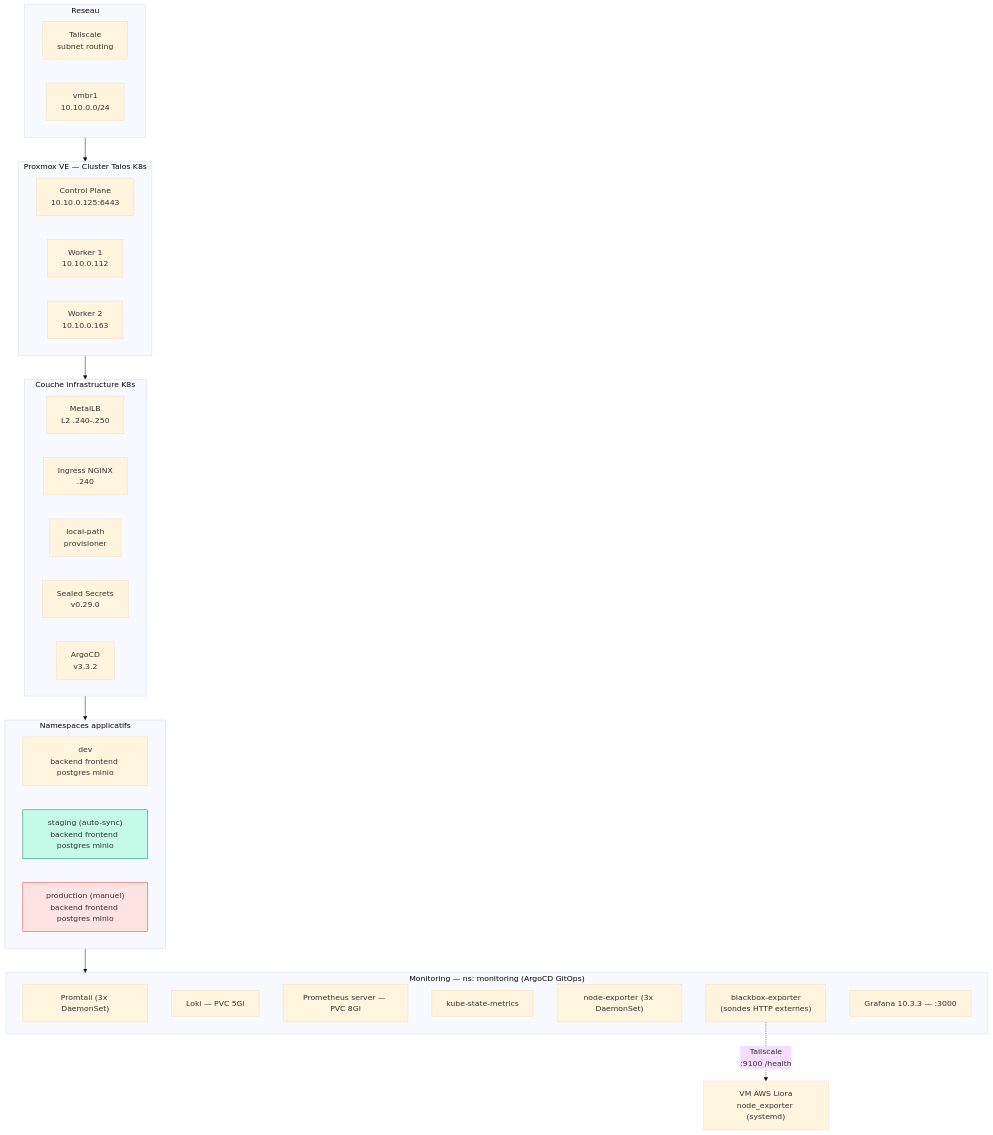
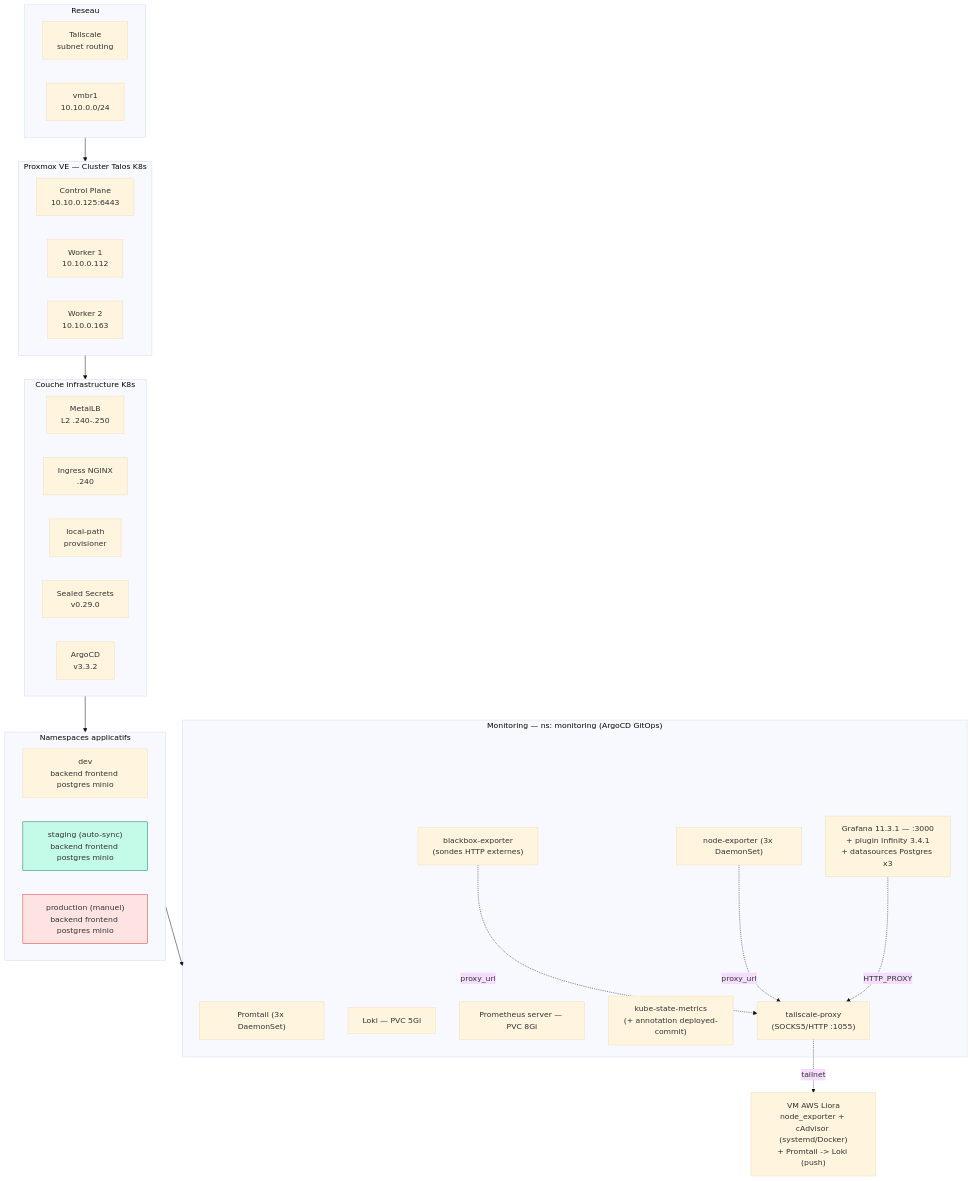
One commit to tawounfouet/rncp_crypto-bot-infra changed the third of 3 diagrams in docs/ARCHITECTURE.md. Above: the diagram before and after it, drawn with Mermaid (base theme). The commit also changed other lines of this file and 1 other file, not shown here.

Commit message:
docs(monitoring): rattraper la doc (Grafana/plugin, deployed-commit, cAdvisor, Postgres, root-app)
MONITORING.md et ARCHITECTURE.md n'avaient pas suivi tout ce qui a ete fait
depuis le dernier point de doc (839f433) : bump Grafana 11.3.1 + plugin
Infinity 3.4.1 (compat), bascule de la version K8s vers l'annotation
deployed-commit (kube-state-metrics, cle pods= pas deployments=), cAdvisor
sur la VM (piege port 8080 deja pris + version 0.49.1 incompatible cgroup
v2/systemd), datasources PostgreSQL (utilisateurs, VM AWS non couverte --
protocole TCP), ingress Grafana pour l'equipe, piege de propagation root-app
(refresh root-app avant monitoring). Ajoute aussi le recit de l'incident
production attrape par le dashboard dans les points de soutenance.

````diff
--- a/docs/ARCHITECTURE.md
+++ b/docs/ARCHITECTURE.md
@@ -253,45 +253,49 @@
 ```mermaid
 flowchart TB
     subgraph NET["Reseau"]
         TS["Tailscale\nsubnet routing"]
         BR["vmbr1\n10.10.0.0/24"]
     end
 
     subgraph PROXMOX["Proxmox VE — Cluster Talos K8s"]
         CP["Control Plane\n10.10.0.125:6443"]
         W1["Worker 1\n10.10.0.112"]
         W2["Worker 2\n10.10.0.163"]
     end
     NET --> PROXMOX
 
     subgraph K8SINFRA["Couche infrastructure K8s"]
         MLB["MetalLB\nL2 .240-.250"]
         NGINX["Ingress NGINX\n.240"]
         LPP["local-path\nprovisioner"]
         SS["Sealed Secrets\nv0.29.0"]
         ARGO["ArgoCD\nv3.3.2"]
     end
     PROXMOX --> K8SINFRA
 
     subgraph NAMESPACES["Namespaces applicatifs"]
         DEVNS["dev\nbackend frontend postgres minio"]
         STGNS["staging (auto-sync)\nbackend frontend postgres minio"]
         PRODNS["production (manuel)\nbackend frontend postgres minio"]
     end
     K8SINFRA --> NAMESPACES
 
     subgraph MON["Monitoring — ns: monitoring (ArgoCD GitOps)"]
         PROM["Promtail (3x DaemonSet)"]
         LOKI["Loki — PVC 5Gi"]
         PROMETHEUS["Prometheus server — PVC 8Gi"]
-        KSM["kube-state-metrics"]
+        KSM["kube-state-metrics\n(+ annotation deployed-commit)"]
         NODEEXP["node-exporter (3x DaemonSet)"]
         BB["blackbox-exporter\n(sondes HTTP externes)"]
-        GRAF["Grafana 10.3.3 — :3000"]
+        TSPROXY["tailscale-proxy\n(SOCKS5/HTTP :1055)"]
+        GRAF["Grafana 11.3.1 — :3000\n+ plugin Infinity 3.4.1\n+ datasources Postgres x3"]
     end
     NAMESPACES --> MON
-    BB -.->|"Tailscale\n:9100 /health"| VMAWS2["VM AWS Liora\nnode_exporter (systemd)"]
+    BB -.->|"proxy_url"| TSPROXY
+    NODEEXP -.->|"proxy_url"| TSPROXY
+    GRAF -.->|"HTTP_PROXY"| TSPROXY
+    TSPROXY -.->|"tailnet"| VMAWS2["VM AWS Liora\nnode_exporter + cAdvisor (systemd/Docker)\n+ Promtail -> Loki (push)"]
 
     style STGNS fill:#c3fae8,stroke:#087f5b
     style PRODNS fill:#ffe3e3,stroke:#e03131
 ```
````
